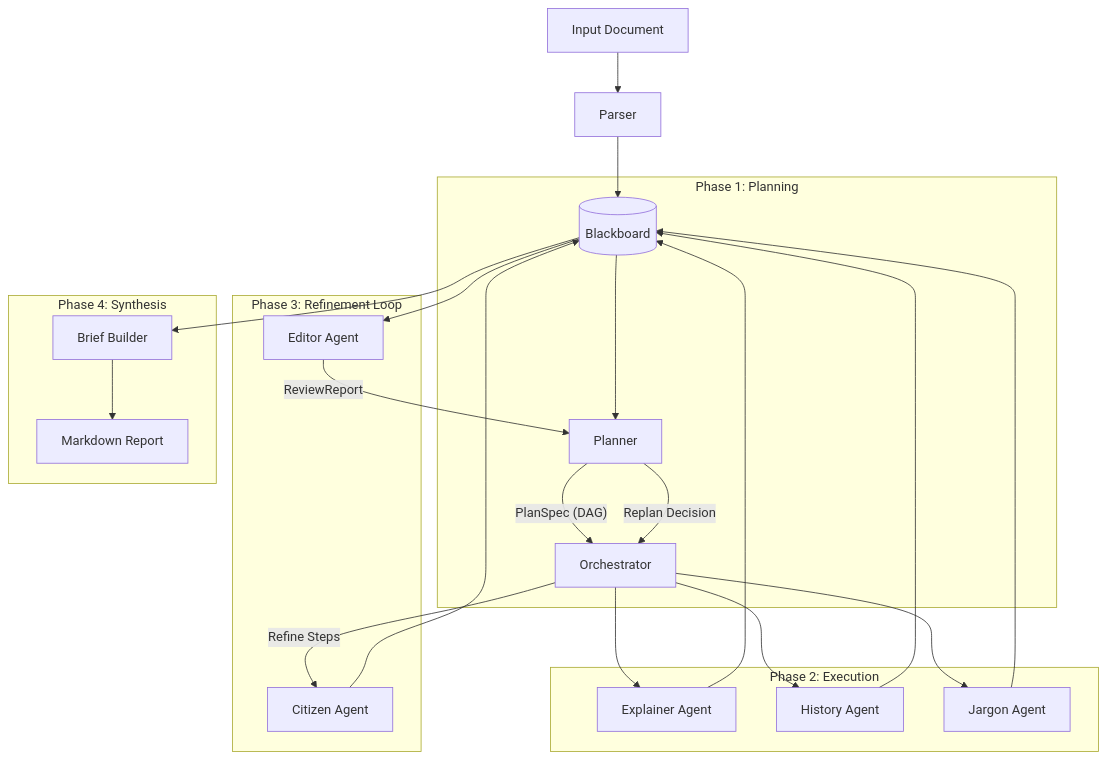
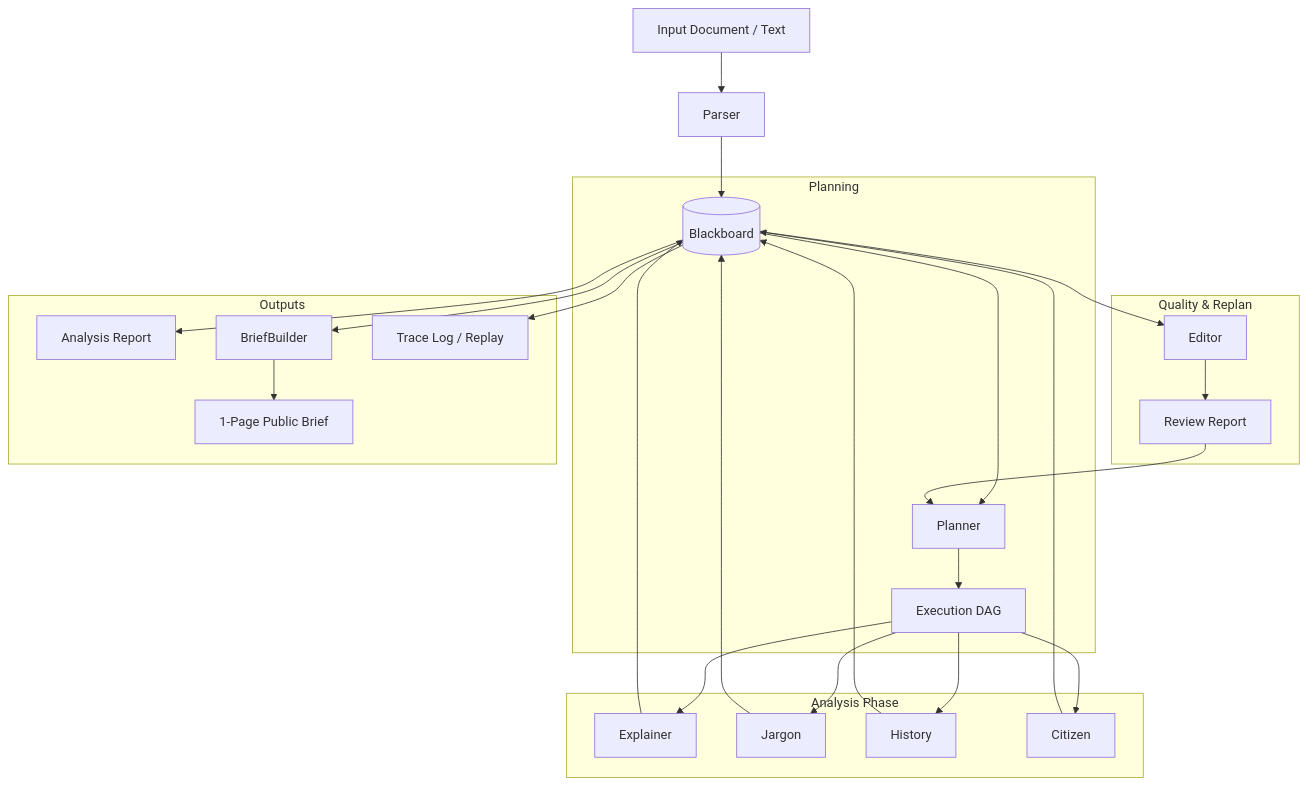
The diagram in README.md (Jalkey-Chen/InterLines), drawn with Mermaid before and after one commit. The commit also changed other lines of this file, not shown here.

Commit message:
docs(readme): reposition InterLines as a traceable analysis engine + 1-page brief system

`````diff
--- a/README.md
+++ b/README.md
@@ -66,30 +161,34 @@
 ```mermaid
 graph TD
-    User[Input Document] --> Parser
+    Input[Input Document / Text] --> Parser
     Parser --> BB[(Blackboard)]
-    
-    subgraph "Phase 1: Planning"
+
+    subgraph Planning
         BB --> Planner
-        Planner --"PlanSpec (DAG)"--> Orchestrator
+        Planner --> DAG[Execution DAG]
     end
-    
-    subgraph "Phase 2: Execution"
-        Orchestrator --> Explainer[Explainer Agent]
-        Orchestrator --> History[History Agent]
-        Orchestrator --> Jargon[Jargon Agent]
-        Explainer & History & Jargon --> BB
-    end
-    
-    subgraph "Phase 3: Refinement Loop"
-        BB --> Editor[Editor Agent]
-        Editor --"ReviewReport"--> Planner
-        Planner --"Replan Decision"--> Orchestrator
-        Orchestrator --"Refine Steps"--> Citizen[Citizen Agent]
+
+    subgraph Analysis Phase
+        DAG --> Explainer
+        DAG --> Jargon
+        DAG --> History
+        DAG --> Citizen
+        Explainer --> BB
+        Jargon --> BB
+        History --> BB
         Citizen --> BB
     end
-    
-    subgraph "Phase 4: Synthesis"
-        BB --> BriefBuilder[Brief Builder]
-        BriefBuilder --> Report[Markdown Report]
+
+    subgraph Quality & Replan
+        BB --> Editor
+        Editor --> Review[Review Report]
+        Review --> Planner
     end
-````
+
+    subgraph Outputs
+        BB --> AnalysisReport[Analysis Report]
+        BB --> BriefBuilder
+        BriefBuilder --> Brief[1-Page Public Brief]
+        BB --> Trace[Trace Log / Replay]
+    end
+```
`````
